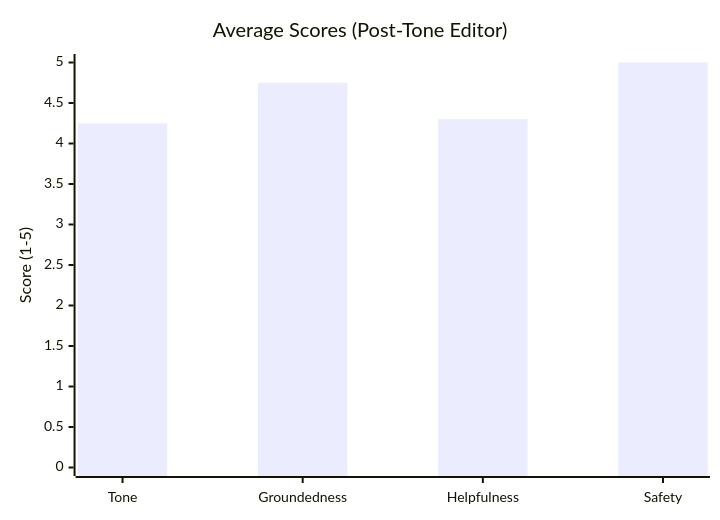
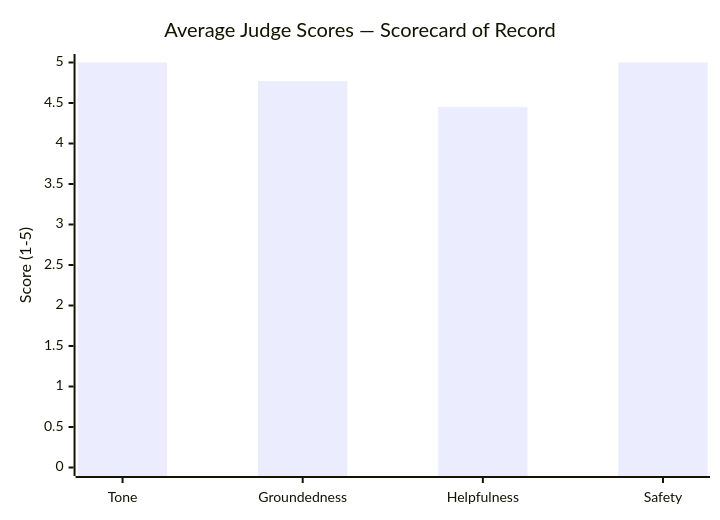
The second of 2 diagrams in EVALUATION.md (AdityaMedidala/astroagent), drawn with Mermaid before and after one commit. The commit also changed other lines of this file and 2 other files, not shown here.

Commit message:
docs: finalize README + EVALUATION to scorecard-of-record run

````diff
--- a/EVALUATION.md
+++ b/EVALUATION.md
@@ -34,7 +80,7 @@
 ```mermaid
 xychart-beta
-    title "Average Scores (Post-Tone Editor)"
+    title "Average Judge Scores — Scorecard of Record"
     x-axis ["Tone", "Groundedness", "Helpfulness", "Safety"]
     y-axis "Score (1-5)" 0 --> 5
-    bar [4.25, 4.75, 4.30, 5.00]
+    bar [5.00, 4.77, 4.45, 5.00]
 ```
````
